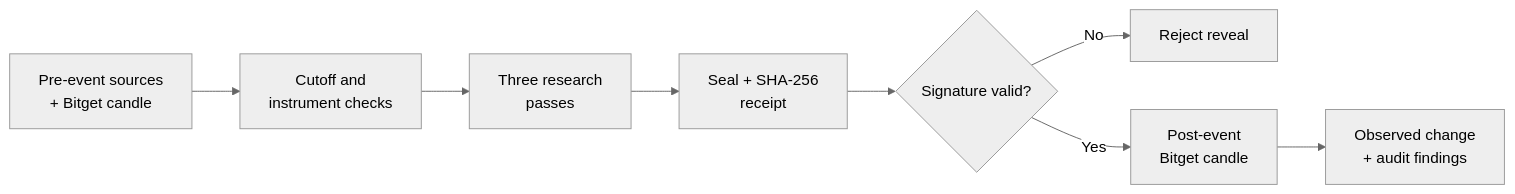
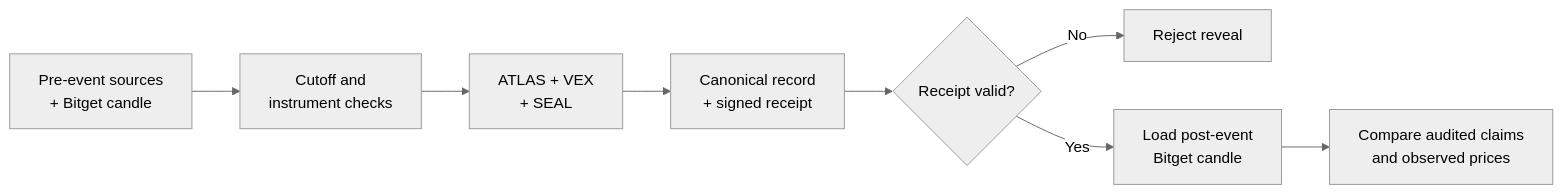
The second of 2 diagrams in README.md (Web3Kyami/Veyrin), drawn with Mermaid (neutral theme) before and after one commit. The commit also changed other lines of this file, not shown here.

````diff
--- a/README.md
+++ b/README.md
@@ -56,10 +108,10 @@
-```mermaid
+~~~mermaid
 flowchart LR
   A["Pre-event sources<br/>+ Bitget candle"] --> B["Cutoff and<br/>instrument checks"]
-  B --> C["Three research<br/>passes"]
-  C --> D["Seal + SHA-256<br/>receipt"]
-  D --> E{"Signature valid?"}
+  B --> C["ATLAS + VEX<br/>+ SEAL"]
+  C --> D["Canonical record<br/>+ signed receipt"]
+  D --> E{"Receipt valid?"}
   E -- "No" --> F["Reject reveal"]
-  E -- "Yes" --> G["Post-event<br/>Bitget candle"]
-  G --> H["Observed change<br/>+ audit findings"]
-```
+  E -- "Yes" --> G["Load post-event<br/>Bitget candle"]
+  G --> H["Compare audited claims<br/>and observed prices"]
+~~~
````
